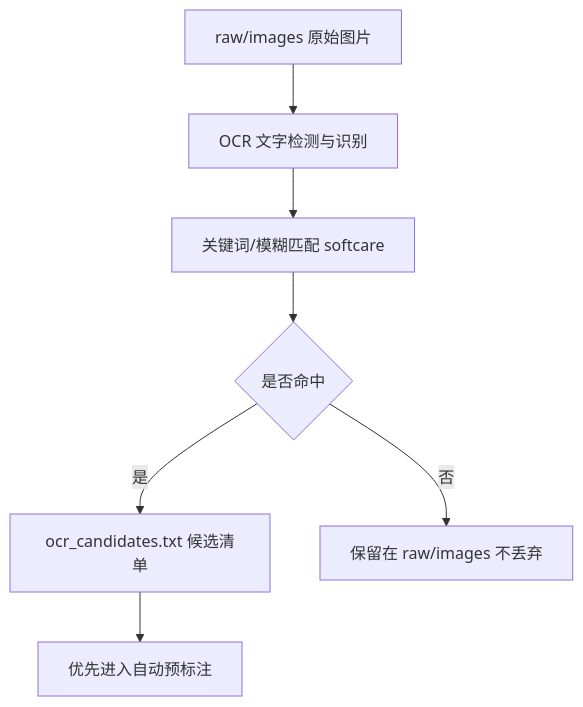
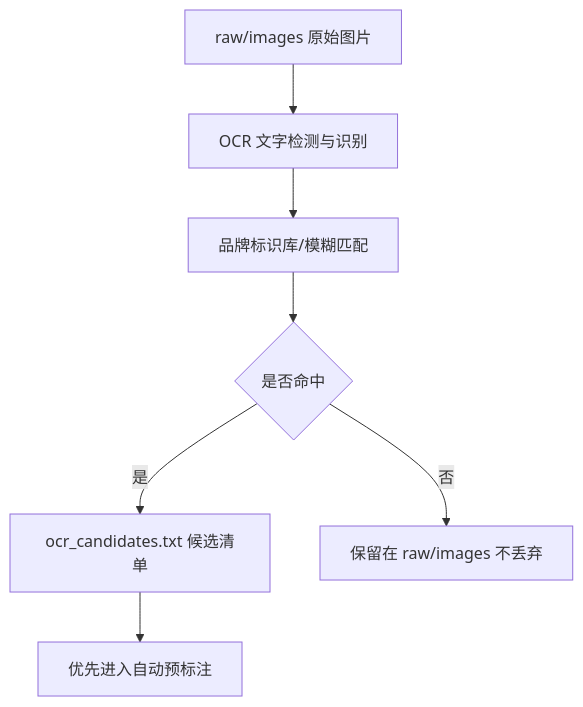
One commit to rush1714/yoloExample changed the second of 8 diagrams in 设计.md. Above: the diagram before and after it, drawn with Mermaid. The commit also changed other lines of this file and 384 other files, not shown here.

````diff
--- a/设计.md
+++ b/设计.md
@@ -57,10 +62,10 @@
 ```mermaid
 flowchart TD
     A[raw/images 原始图片]
     --> B[OCR 文字检测与识别]
-    --> C[关键词/模糊匹配 softcare]
+    --> C[品牌标识库/模糊匹配]
     --> D{是否命中}
     D -->|是| E[ocr_candidates.txt 候选清单]
     D -->|否| F[保留在 raw/images 不丢弃]
     E --> G[优先进入自动预标注]
 ```
````
